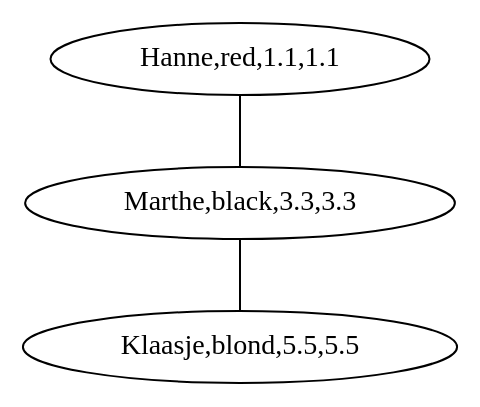
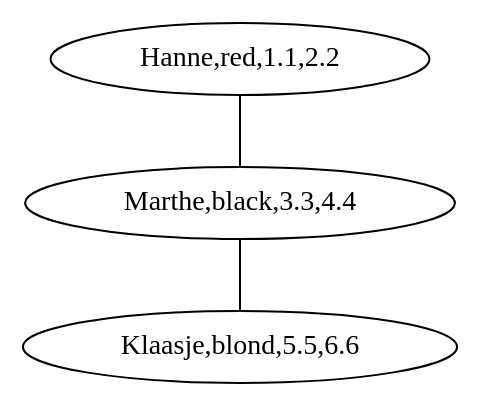
Before and after one commit to richelbilderbeek/boost_graph_cookbook_1: the diagram in BoostGraphTutorial/create_all_direct_neighbour_custom_and_selectable_vertices_subgraphs_1.dot, drawn with Graphviz. The commit also changed 69 other files, not shown here.

```diff
--- a/BoostGraphTutorial/create_all_direct_neighbour_custom_and_selectable_vertices_subgraphs_1.dot
+++ b/BoostGraphTutorial/create_all_direct_neighbour_custom_and_selectable_vertices_subgraphs_1.dot
@@ -1,7 +1,7 @@
 graph G {
-0[label="Marthe,black,3.3,3.3", regular="0"];
-1[label="Hanne,red,1.1,1.1", regular="0"];
-2[label="Klaasje,blond,5.5,5.5", regular="0"];
+0[label="Marthe,black,3.3,4.4", regular="0"];
+1[label="Hanne,red,1.1,2.2", regular="0"];
+2[label="Klaasje,blond,5.5,6.6", regular="0"];
 1--0 ;
 0--2 ;
 }
```
